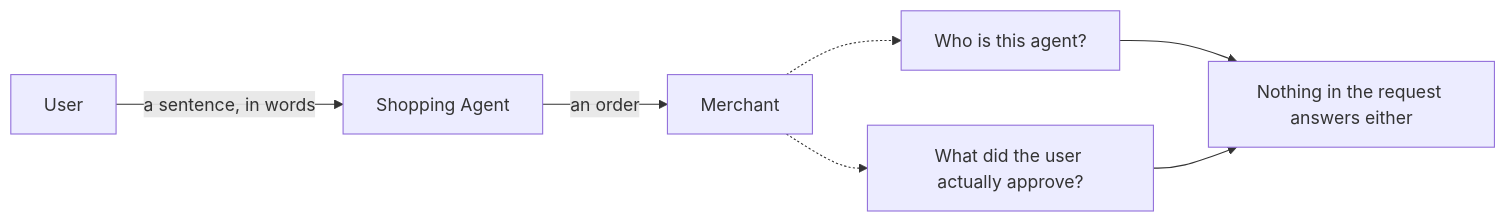
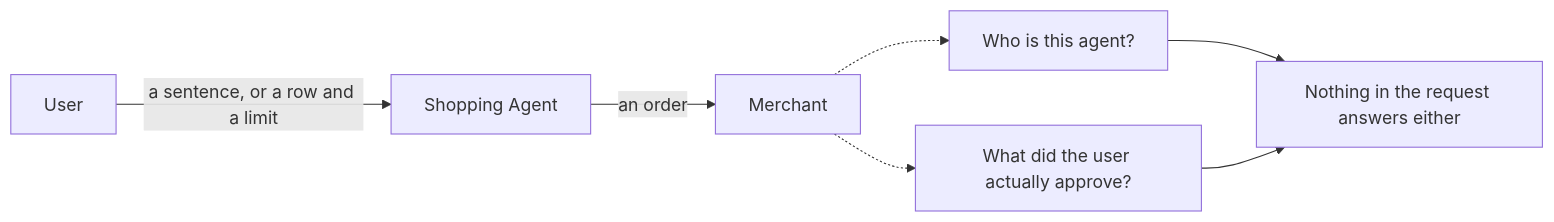
The first of 7 diagrams in README.md (SkylinePlatform/agentic-payments), drawn with Mermaid before and after one commit. The commit also changed other lines of this file and 29 other files, not shown here.

First line of the commit message:
feat(merchant,agent,frontend): the catalogue is the entry, and the limit is the buyer's (#318)

````diff
--- a/README.md
+++ b/README.md
@@ -33,9 +33,9 @@
 ```mermaid
 flowchart LR
-    U["User"] -->|"a sentence, in words"| A["Shopping Agent"]
+    U["User"] -->|"a sentence, or a row and a limit"| A["Shopping Agent"]
     A -->|"an order"| M["Merchant"]
     M -.-> Q1["Who is this agent?"]
     M -.-> Q2["What did the user actually approve?"]
     Q1 --> N["Nothing in the request answers either"]
     Q2 --> N
 ```
````
